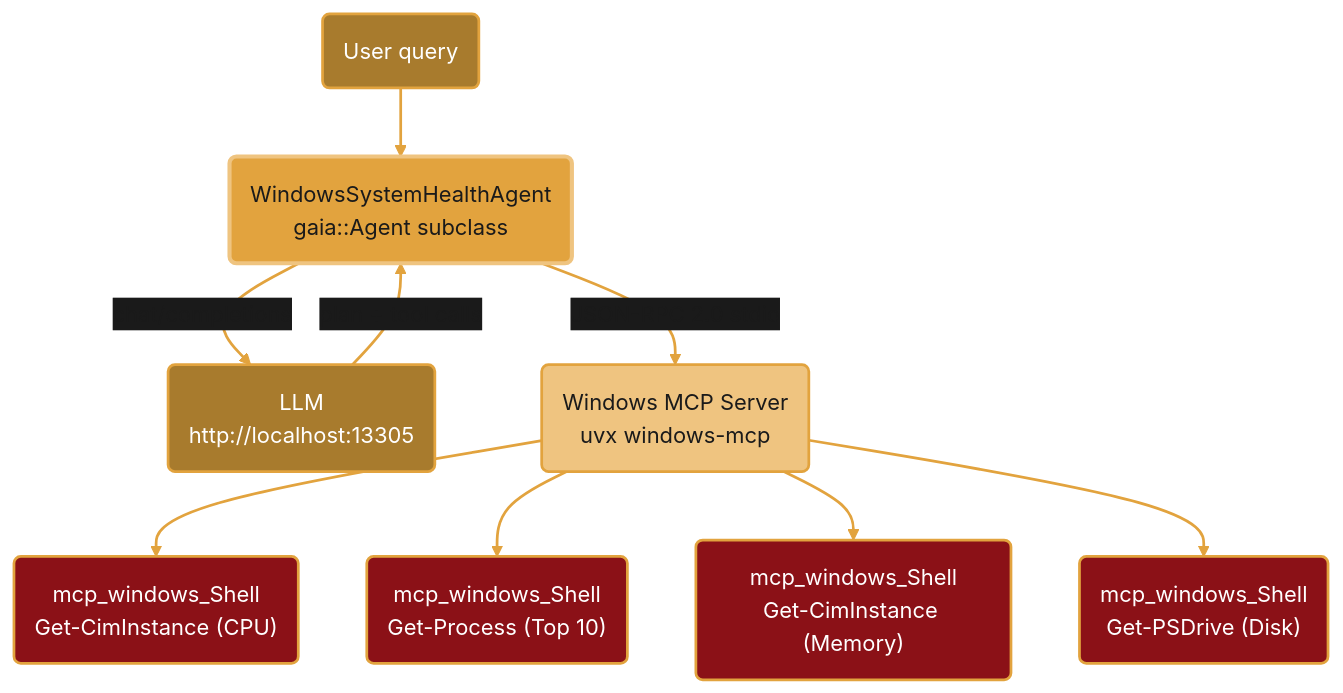
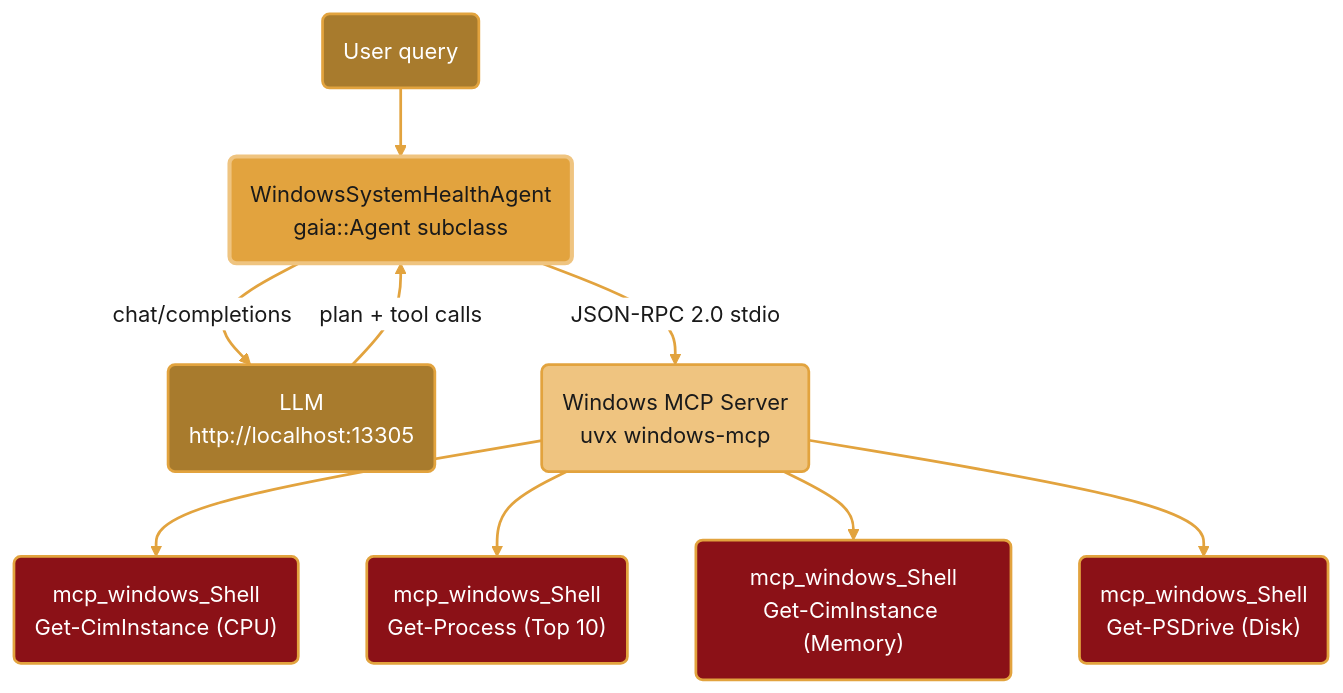
One commit to amd/gaia changed the diagram in docs/cpp/health-agent.mdx. Above: the diagram before and after it, drawn with Mermaid. The commit also changed 124 other files, not shown here.

First line of the commit message:
docs: full documentation audit (accuracy, dark-mode diagrams, persona review) (#1982)

````diff
--- a/docs/cpp/health-agent.mdx
+++ b/docs/cpp/health-agent.mdx
@@ -107,29 +107,29 @@
 ```mermaid
-%%{init: {'theme':'base', 'themeVariables': { 'primaryColor':'#E2A33E', 'fontSize':'16px', 'lineColor':'#E2A33E', 'primaryTextColor':'#1a1a1a', 'edgeLabelBackground':'#1a1a1a'}, 'flowchart': {'curve': 'basis'}}}%%
+%%{init: {'theme':'base', 'themeVariables': { 'primaryColor':'#E2A33E', 'primaryTextColor':'#1a1a1a', 'primaryBorderColor':'#A87B2D', 'lineColor':'#A87B2D', 'edgeLabelBackground':'#ffffff', 'fontFamily':'system-ui, -apple-system, sans-serif'}, 'flowchart': {'curve': 'basis'}}}%%
 graph TB
     User("User query")
     Agent("WindowsSystemHealthAgent<br/>gaia::Agent subclass")
     LLM("LLM<br/>http://localhost:13305")
     MCP("Windows MCP Server<br/>uvx windows-mcp")
 
     User --> Agent
     Agent -->|"chat/completions"| LLM
     LLM -->|"plan + tool calls"| Agent
     Agent -->|"JSON-RPC 2.0 stdio"| MCP
 
     MCP --> Shell1("mcp_windows_Shell<br/>Get-CimInstance (CPU)")
     MCP --> Shell2("mcp_windows_Shell<br/>Get-Process (Top 10)")
     MCP --> Shell3("mcp_windows_Shell<br/>Get-CimInstance (Memory)")
     MCP --> Shell4("mcp_windows_Shell<br/>Get-PSDrive (Disk)")
 
     style User fill:#A87B2D,stroke:#E2A33E,stroke-width:2px,color:#fff
     style Agent fill:#E2A33E,stroke:#EFC480,stroke-width:3px,color:#1a1a1a
     style LLM fill:#A87B2D,stroke:#E2A33E,stroke-width:2px,color:#fff
     style MCP fill:#EFC480,stroke:#E2A33E,stroke-width:2px,color:#1a1a1a
     style Shell1 fill:#8B1117,stroke:#E2A33E,stroke-width:2px,color:#fff
     style Shell2 fill:#8B1117,stroke:#E2A33E,stroke-width:2px,color:#fff
     style Shell3 fill:#8B1117,stroke:#E2A33E,stroke-width:2px,color:#fff
     style Shell4 fill:#8B1117,stroke:#E2A33E,stroke-width:2px,color:#fff
 
     linkStyle default stroke:#E2A33E,stroke-width:2px
 ```
````
